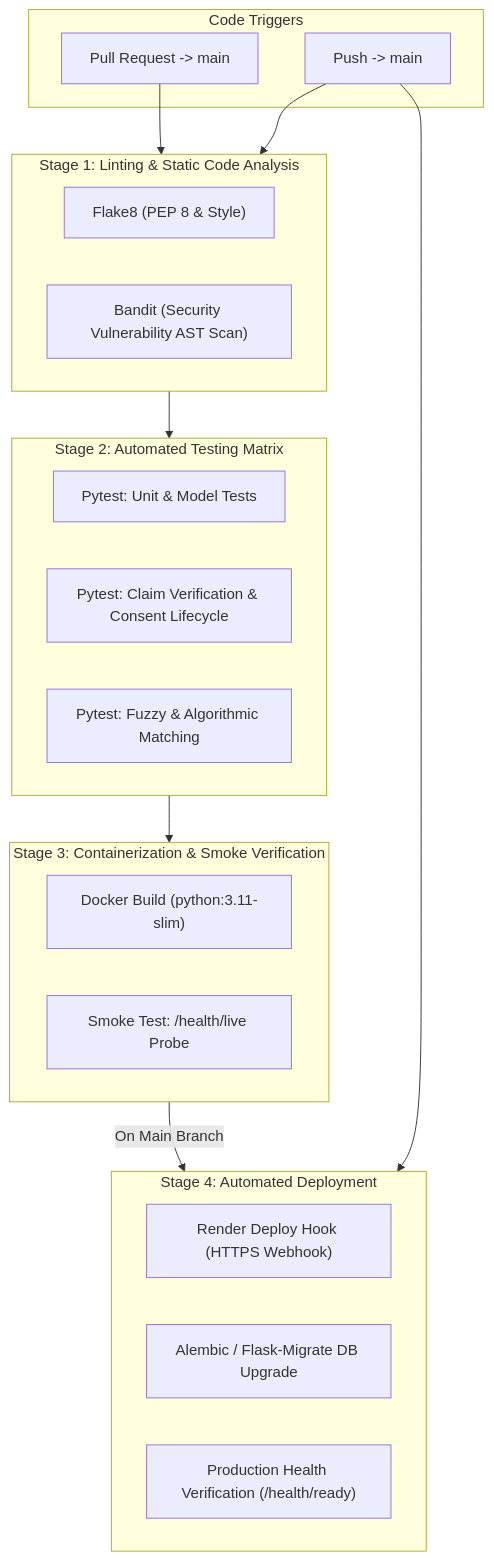
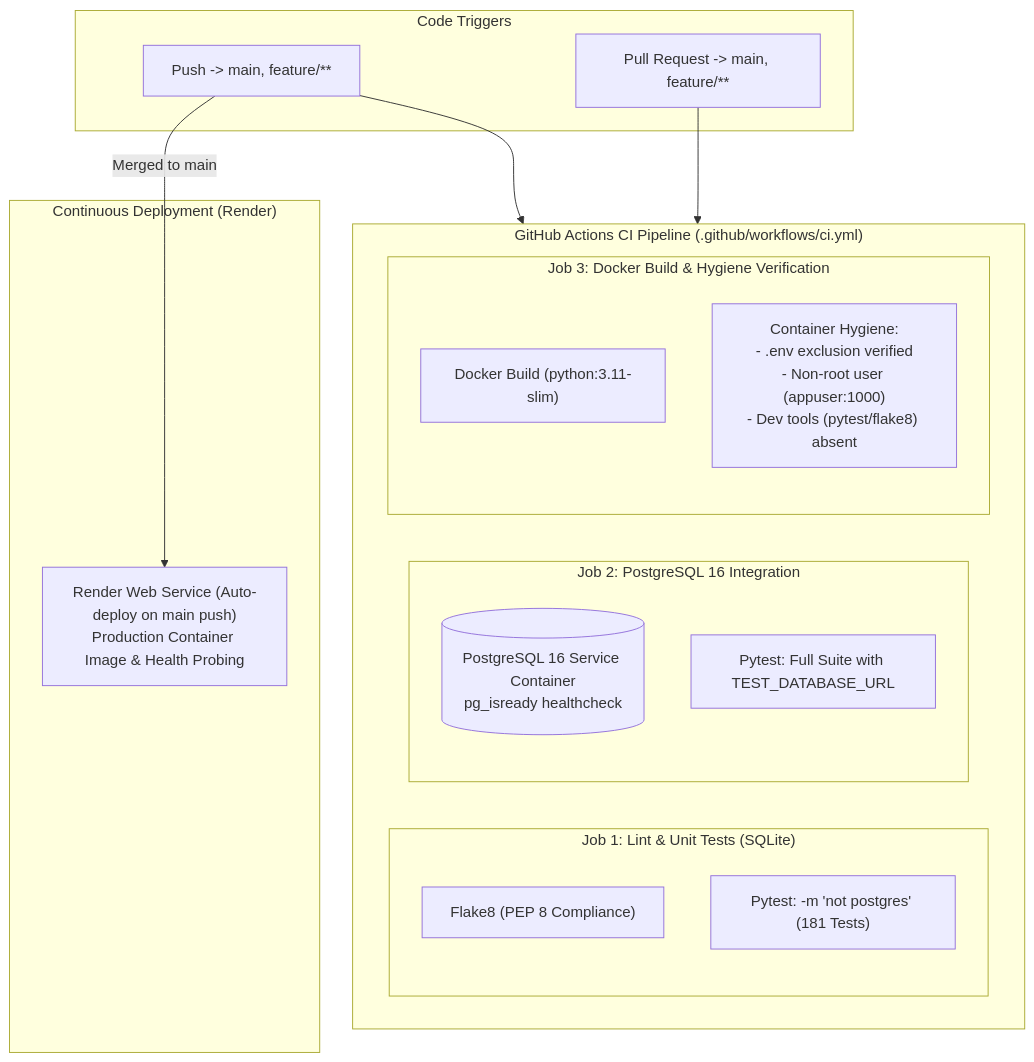
The diagram in docs/CICD_PIPELINE.md (himanshusinghnie/devops-lab), drawn with Mermaid before and after one commit. The commit also changed other lines of this file and 3 other files, not shown here.

Commit message:
docs(boomerang): align CI/CD, deployment, matching, and testing docs with upstream

````diff
--- a/docs/CICD_PIPELINE.md
+++ b/docs/CICD_PIPELINE.md
@@ -7,36 +7,32 @@
 ```mermaid
 flowchart TD
     subgraph Trigger ["Code Triggers"]
-        PR["Pull Request -> main"]
-        Push["Push -> main"]
+        PR["Pull Request -> main, feature/**"]
+        Push["Push -> main, feature/**"]
     end
 
-    subgraph Stage1 ["Stage 1: Linting & Static Code Analysis"]
-        Flake8["Flake8 (PEP 8 & Style)"]
-        Bandit["Bandit (Security Vulnerability AST Scan)"]
+    subgraph CIJobs ["GitHub Actions CI Pipeline (.github/workflows/ci.yml)"]
+        subgraph Job1 ["Job 1: Lint & Unit Tests (SQLite)"]
+            Flake8["Flake8 (PEP 8 Compliance)"]
+            PytestSQLite["Pytest: -m 'not postgres' (181 Tests)"]
+        end
+
+        subgraph Job2 ["Job 2: PostgreSQL 16 Integration"]
+            PGService[("PostgreSQL 16 Service Container\npg_isready healthcheck")]
+            PytestPG["Pytest: Full Suite with TEST_DATABASE_URL"]
+        end
+
+        subgraph Job3 ["Job 3: Docker Build & Hygiene Verification"]
+            DockerBuild["Docker Build (python:3.11-slim)"]
+            HygieneCheck["Container Hygiene:\n- .env exclusion verified\n- Non-root user (appuser:1000)\n- Dev tools (pytest/flake8) absent"]
+        end
     end
 
-    subgraph Stage2 ["Stage 2: Automated Testing Matrix"]
-        PytestUnit["Pytest: Unit & Model Tests"]
-        PytestClaims["Pytest: Claim Verification & Consent Lifecycle"]
-        PytestMatching["Pytest: Fuzzy & Algorithmic Matching"]
+    subgraph Deployment ["Continuous Deployment (Render)"]
+        RenderDeploy["Render Web Service (Auto-deploy on main push)\nProduction Container Image & Health Probing"]
     end
 
-    subgraph Stage3 ["Stage 3: Containerization & Smoke Verification"]
-        DockerBuild["Docker Build (python:3.11-slim)"]
-        HealthProbe["Smoke Test: /health/live Probe"]
-    end
-
-    subgraph Stage4 ["Stage 4: Automated Deployment"]
-        RenderHook["Render Deploy Hook (HTTPS Webhook)"]
-        NeonMigrate["Alembic / Flask-Migrate DB Upgrade"]
-        ProdVerify["Production Health Verification (/health/ready)"]
-    end
-
-    PR --> Stage1
-    Push --> Stage1
-    Stage1 --> Stage2
-    Stage2 --> Stage3
-    Push --> Stage4
-    Stage3 -->|On Main Branch| Stage4
+    Push --> CIJobs
+    PR --> CIJobs
+    Push -->|Merged to main| RenderDeploy
 ```
````
